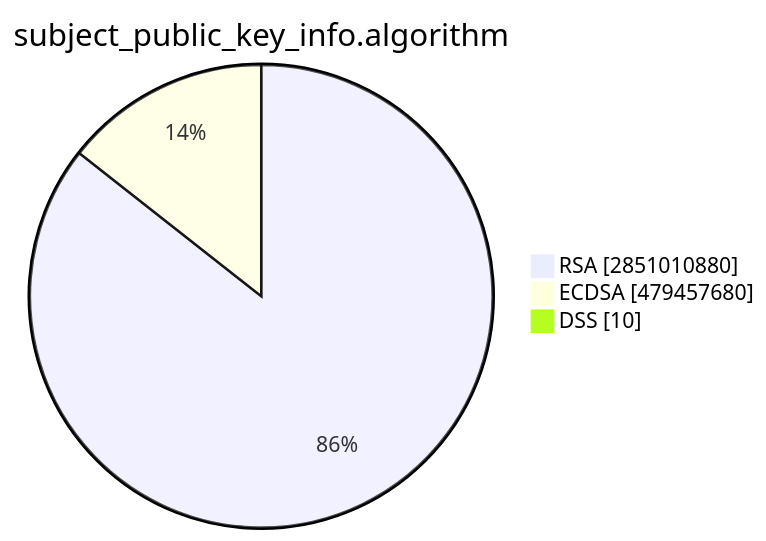
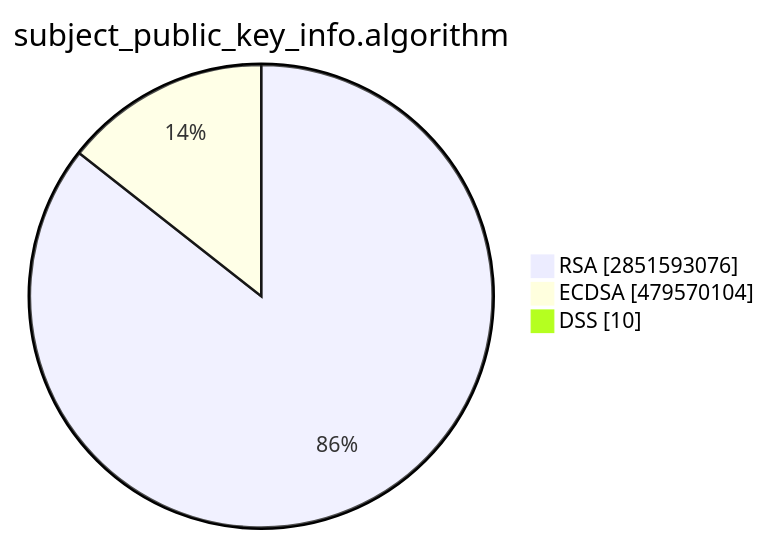
Before and after one commit to christiankrug/ctmonitor_visualization: the second of 15 diagrams in TOTAL/README.md, drawn with Mermaid. The commit also changed other lines of this file, not shown here.

````diff
--- a/TOTAL/README.md
+++ b/TOTAL/README.md
@@ -6,7 +6,7 @@
 ```mermaid
 pie showData
 title subject_public_key_info.algorithm
-"RSA" :2851010880
-"ECDSA" :479457680
+"RSA" :2851593076
+"ECDSA" :479570104
 "DSS" :10
 ```
````
